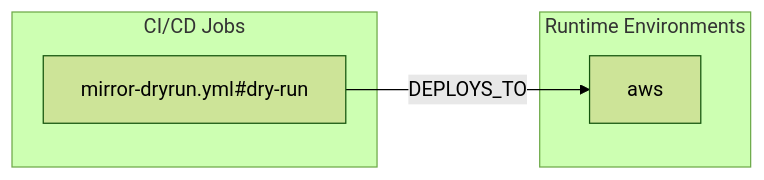
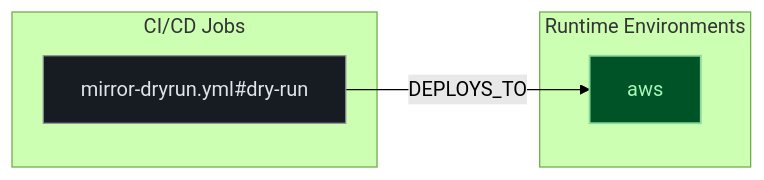
One commit to kumarshaz/atruss-code-atlas changed the second of 3 diagrams in exports/latest/reports/PostHog-context-mill-report.md. Above: the diagram before and after it, drawn with Mermaid (forest theme). The commit also changed other lines of this file and 331 other files, not shown here.

Commit message:
docs,ui,fix: update SDLC docs, reorder CI/CD DAG first, stylize Mermaid, and fix Arc42 pipeline topology

````diff
--- a/exports/latest/reports/PostHog-context-mill-report.md
+++ b/exports/latest/reports/PostHog-context-mill-report.md
@@ -208,10 +215,14 @@
 ```mermaid
 flowchart LR
+    classDef atlasCategory fill:#212428,stroke:#E87A48,stroke-width:1.5px,color:#dfe3eb
+    classDef atlasWorkflow fill:#1b2026,stroke:#a3c9ff,stroke-width:1.5px,color:#dfe3eb
+    classDef atlasJob fill:#171c22,stroke:#8d9199,stroke-width:1px,color:#dfe3eb
+    classDef atlasTarget fill:#005227,stroke:#8bd99b,stroke-width:1.5px,color:#a7f6b6
     subgraph ci_jobs["CI/CD Jobs"]
-        job_mirror_dryrun_yml_dry_run["mirror-dryrun.yml#dry-run"]
+        job_mirror_dryrun_yml_dry_run["mirror-dryrun.yml#dry-run"]:::atlasJob
     end
     subgraph runtime_envs["Runtime Environments"]
-        env_aws["aws"]
+        env_aws["aws"]:::atlasTarget
     end
     job_mirror_dryrun_yml_dry_run -->|DEPLOYS_TO| env_aws
 ```
````
